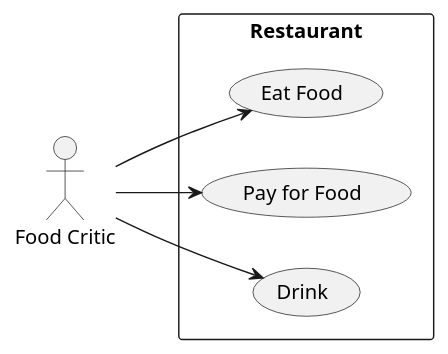
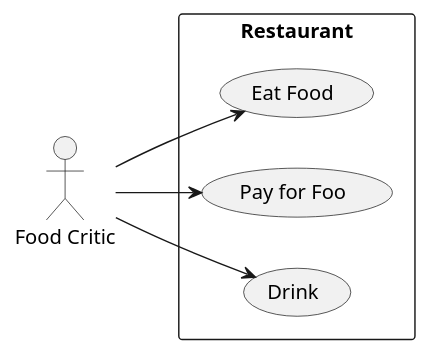
The diagram in docs/diagrams/actorsUseCaseDiagram.plantuml (IamLouiss/IS-022023), drawn with PlantUML before and after one commit.

Commit message:
Nuevo cambio

```diff
--- a/docs/diagrams/actorsUseCaseDiagram.plantuml
+++ b/docs/diagrams/actorsUseCaseDiagram.plantuml
@@ -1,12 +1,12 @@
 @startuml Restaurant
 left to right direction
 actor "Food Critic" as fc
 rectangle Restaurant {
   usecase "Eat Food" as UC1
-  usecase "Pay for Food" as UC2
+  usecase "Pay for Foo" as UC2
   usecase "Drink" as UC3
 }
 fc --> UC1
 fc --> UC2
 fc --> UC3
 @enduml
```
